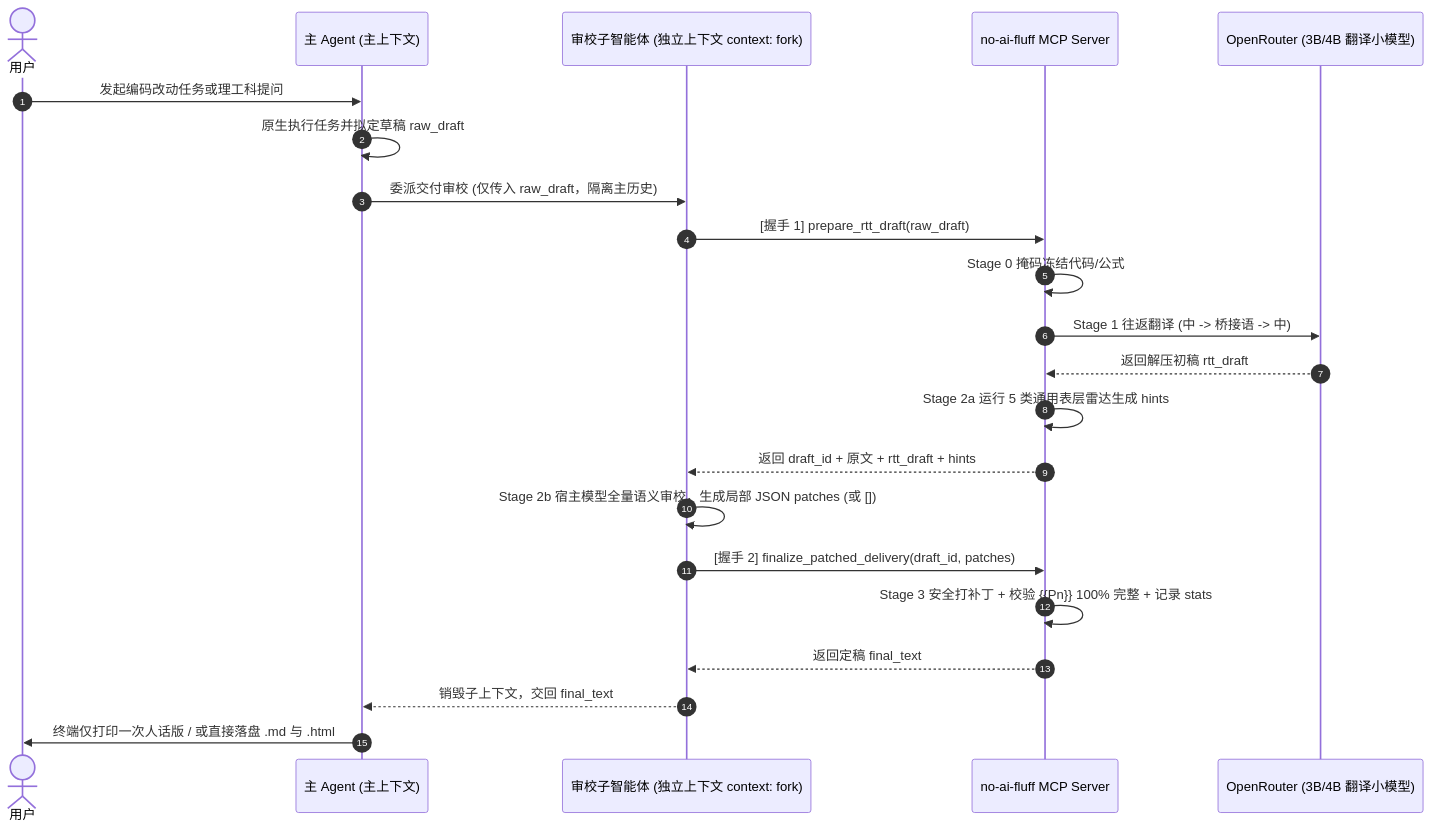
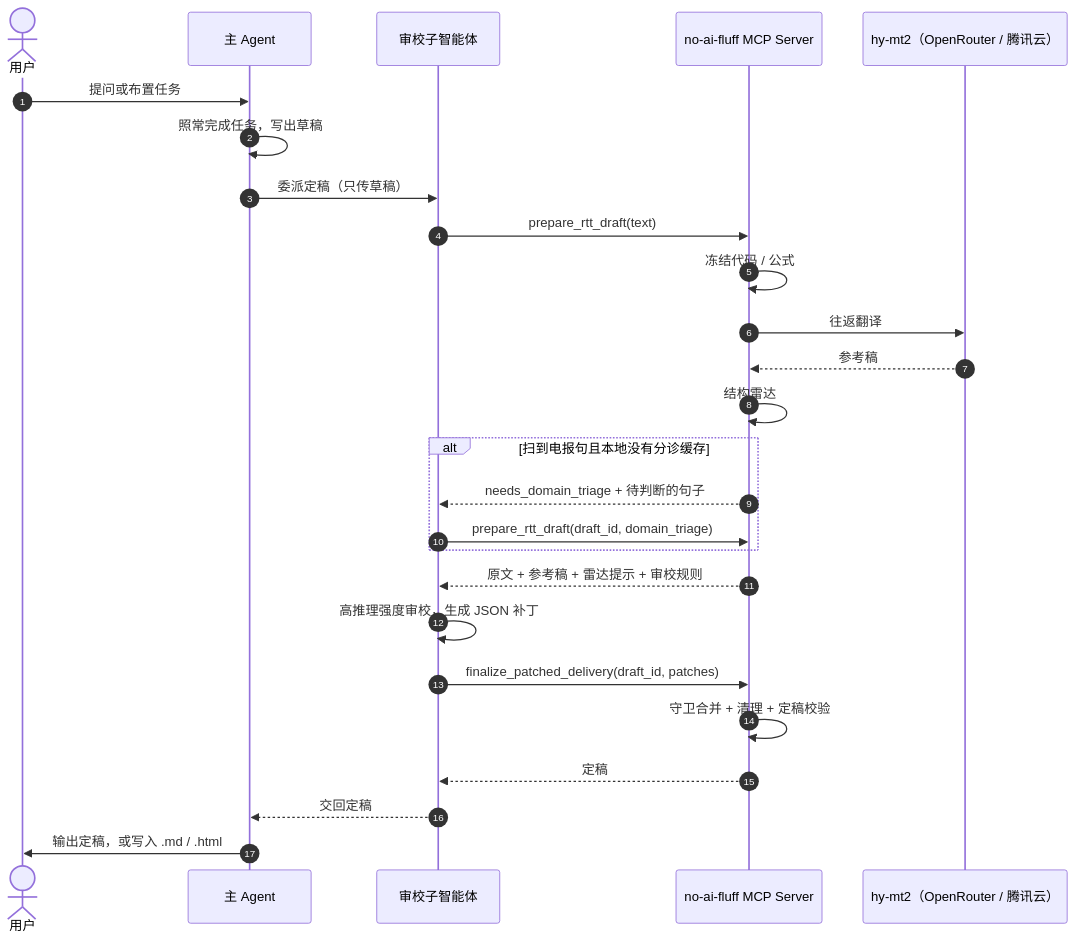
Before and after one commit to ConstantlyGrowup/no-ai-fluff: the second of 2 diagrams in docs/architecture.md, drawn with Mermaid. The commit also changed other lines of this file and 76 other files, not shown here.

````diff
--- a/docs/architecture.md
+++ b/docs/architecture.md
@@ -105,25 +159,29 @@
 ```mermaid
 sequenceDiagram
     autonumber
     actor User as 用户
-    participant Main as 主 Agent (主上下文)
-    participant Sub as 审校子智能体 (独立上下文 context: fork)
+    participant Main as 主 Agent
+    participant Sub as 审校子智能体
     participant MCP as no-ai-fluff MCP Server
-    participant OR as OpenRouter (3B/4B 翻译小模型)
+    participant TR as hy-mt2（OpenRouter / 腾讯云）
 
-    User->>Main: 发起编码改动任务或理工科提问
-    Main->>Main: 原生执行任务并拟定草稿 raw_draft
-    Main->>Sub: 委派交付审校 (仅传入 raw_draft，隔离主历史)
-    Sub->>MCP: [握手 1] prepare_rtt_draft(raw_draft)
-    MCP->>MCP: Stage 0 掩码冻结代码/公式
-    MCP->>OR: Stage 1 往返翻译 (中 -> 桥接语 -> 中)
-    OR-->>MCP: 返回解压初稿 rtt_draft
-    MCP->>MCP: Stage 2a 运行 5 类通用表层雷达生成 hints
-    MCP-->>Sub: 返回 draft_id + 原文 + rtt_draft + hints
-    Sub->>Sub: Stage 2b 宿主模型全量语义审校，生成局部 JSON patches (或 [])
-    Sub->>MCP: [握手 2] finalize_patched_delivery(draft_id, patches)
-    MCP->>MCP: Stage 3 安全打补丁 + 校验 {{Pn}} 100% 完整 + 记录 stats
-    MCP-->>Sub: 返回定稿 final_text
-    Sub-->>Main: 销毁子上下文，交回 final_text
-    Main->>User: 终端仅打印一次人话版 / 或直接落盘 .md 与 .html
+    User->>Main: 提问或布置任务
+    Main->>Main: 照常完成任务，写出草稿
+    Main->>Sub: 委派定稿（只传草稿）
+    Sub->>MCP: prepare_rtt_draft(text)
+    MCP->>MCP: 冻结代码 / 公式
+    MCP->>TR: 往返翻译
+    TR-->>MCP: 参考稿
+    MCP->>MCP: 结构雷达
+    alt 扫到电报句且本地没有分诊缓存
+        MCP-->>Sub: needs_domain_triage + 待判断的句子
+        Sub->>MCP: prepare_rtt_draft(draft_id, domain_triage)
+    end
+    MCP-->>Sub: 原文 + 参考稿 + 雷达提示 + 审校规则
+    Sub->>Sub: 高推理强度审校，生成 JSON 补丁
+    Sub->>MCP: finalize_patched_delivery(draft_id, patches)
+    MCP->>MCP: 守卫合并 + 清理 + 定稿校验
+    MCP-->>Sub: 定稿
+    Sub-->>Main: 交回定稿
+    Main->>User: 输出定稿，或写入 .md / .html
 ```
````
